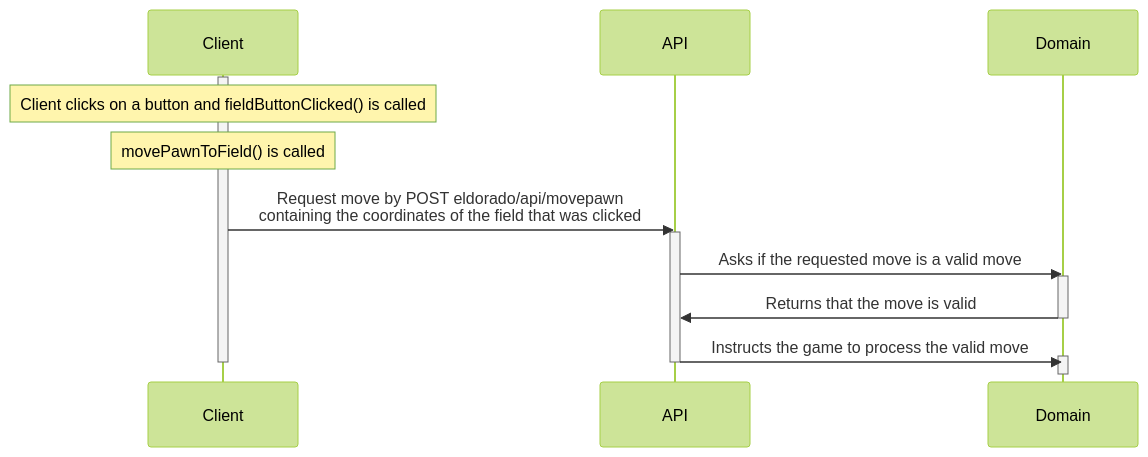
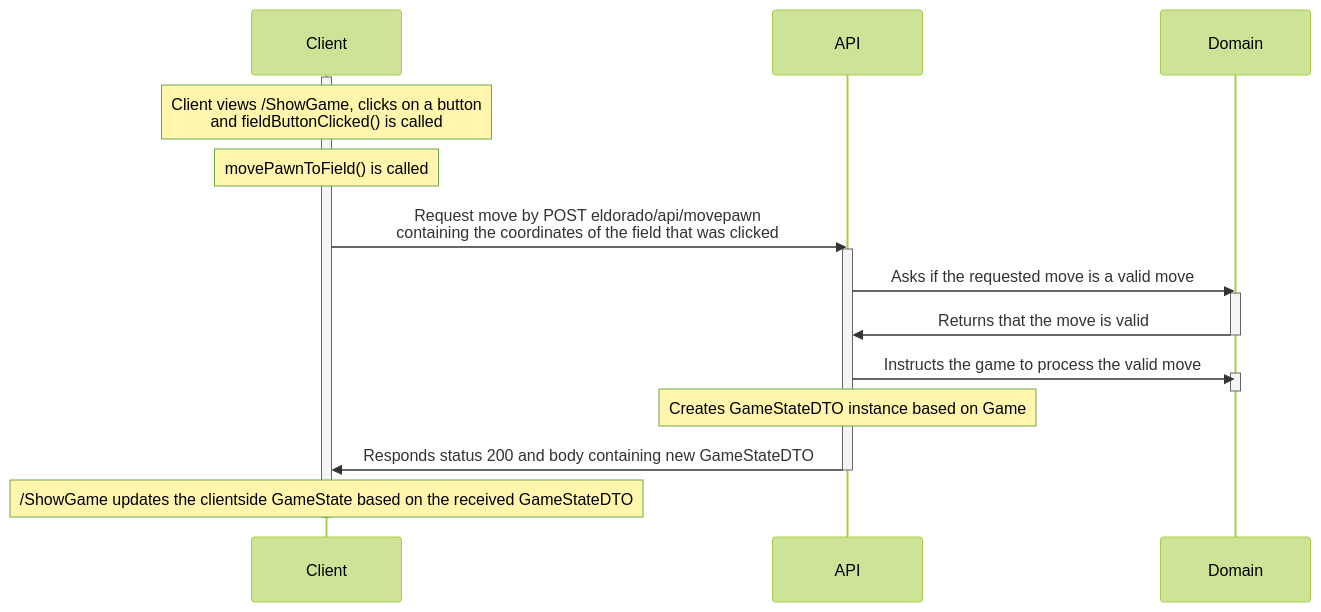
One commit to stijnlinderman/eldorado changed the second of 8 diagrams in ARCHITECTURE.md. Above: the diagram before and after it, drawn with Mermaid (forest theme). The commit also changed other lines of this file, not shown here.

````diff
--- a/ARCHITECTURE.md
+++ b/ARCHITECTURE.md
@@ -33,20 +30,23 @@
 ```mermaid
 sequenceDiagram
     participant Client
     participant API
     participant Domain
     activate Client
-    Note over Client: Client clicks on a button and fieldButtonClicked() is called
+    Note over Client: Client views /ShowGame, clicks on a button<br>and fieldButtonClicked() is called
     Note over Client: movePawnToField() is called
     Client->>API: Request move by POST eldorado/api/movepawn<br>containing the coordinates of the field that was clicked
     activate API
     API->>Domain: Asks if the requested move is a valid move
     activate Domain
     Domain->>API: Returns that the move is valid
     deactivate Domain
     API->>Domain: Instructs the game to process the valid move
     activate Domain
     deactivate Domain
+    Note over API: Creates GameStateDTO instance based on Game
+    API->>Client: Responds status 200 and body containing new GameStateDTO
     deactivate API
+    Note over Client: /ShowGame updates the clientside GameState based on the received GameStateDTO
     deactivate Client
 ```
````
